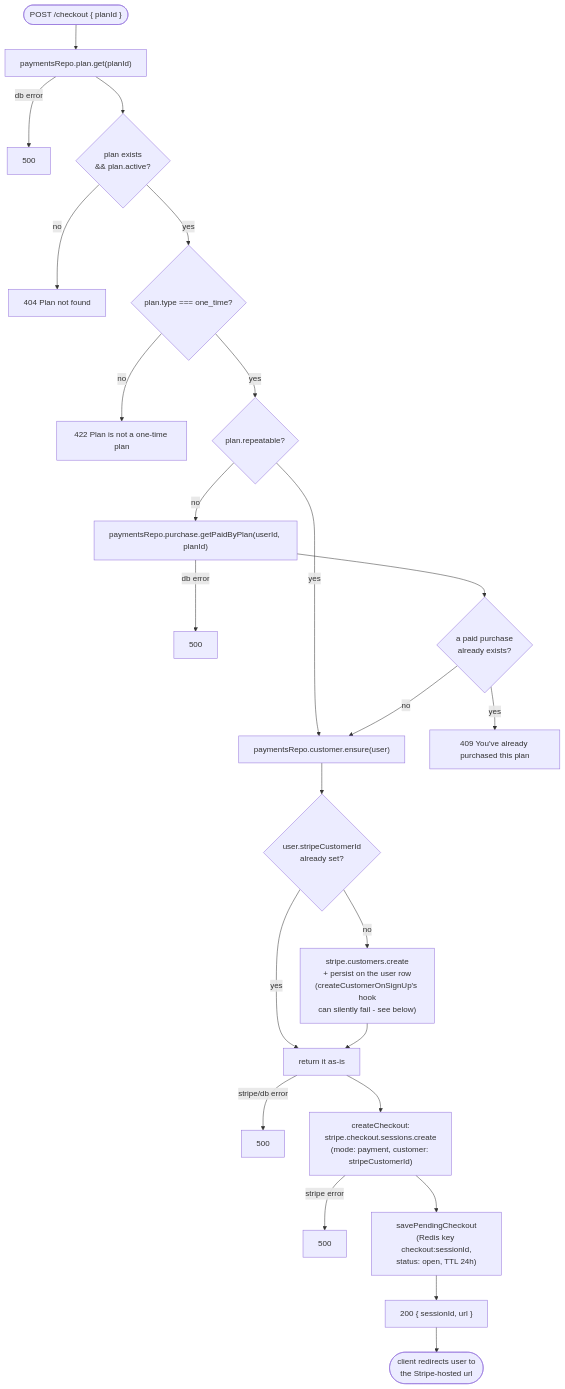
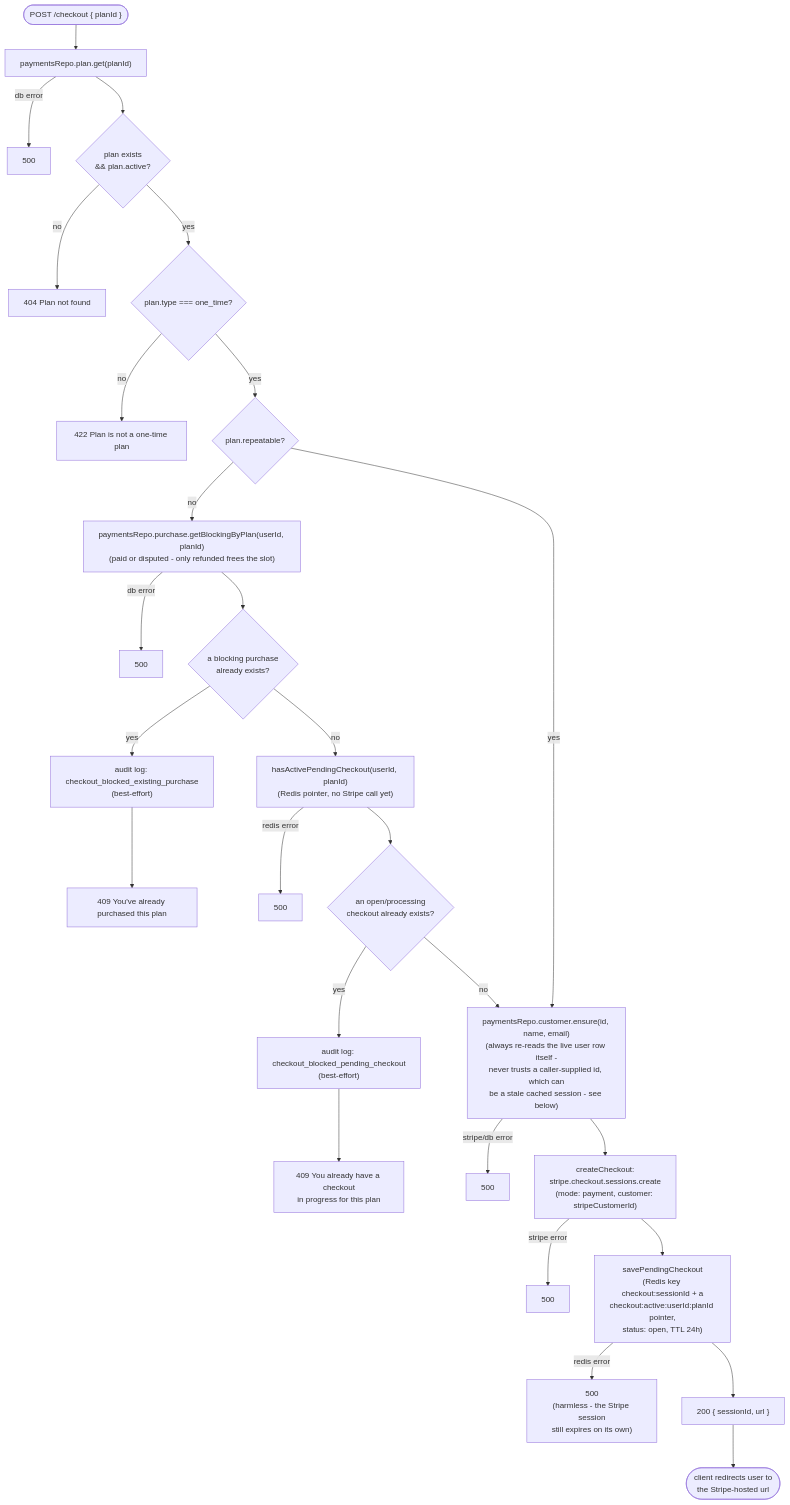
One commit to FranciscoAVD/backend changed the second of 7 diagrams in src/features/payments/CONTROL_FLOW.md. Above: the diagram before and after it, drawn with Mermaid. The commit also changed other lines of this file and 30 other files, not shown here.

````diff
--- a/src/features/payments/CONTROL_FLOW.md
+++ b/src/features/payments/CONTROL_FLOW.md
@@ -24,29 +28,32 @@
 ```mermaid
 flowchart TD
     Start(["POST /checkout { planId }"]) --> LookupPlan["paymentsRepo.plan.get(planId)"]
     LookupPlan -->|db error| Err500a["500"]
     LookupPlan --> PlanExists{"plan exists\n&& plan.active?"}
     PlanExists -- no --> NotFound["404 Plan not found"]
     PlanExists -- yes --> IsOneTime{"plan.type === one_time?"}
     IsOneTime -- no --> Unprocessable["422 Plan is not a one-time plan"]
     IsOneTime -- yes --> Repeatable{"plan.repeatable?"}
 
     Repeatable -- yes --> EnsureCustomer
-    Repeatable -- no --> CheckOwned["paymentsRepo.purchase.getPaidByPlan(userId, planId)"]
+    Repeatable -- no --> CheckOwned["paymentsRepo.purchase.getBlockingByPlan(userId, planId)\n(paid or disputed - only refunded frees the slot)"]
     CheckOwned -->|db error| Err500b["500"]
-    CheckOwned --> AlreadyOwns{"a paid purchase\nalready exists?"}
-    AlreadyOwns -- yes --> Conflict["409 You've already purchased this plan"]
-    AlreadyOwns -- no --> EnsureCustomer
+    CheckOwned --> AlreadyOwns{"a blocking purchase\nalready exists?"}
+    AlreadyOwns -- yes --> Audit1["audit log: checkout_blocked_existing_purchase\n(best-effort)"]
+    Audit1 --> Conflict["409 You've already purchased this plan"]
+    AlreadyOwns -- no --> CheckPending["hasActivePendingCheckout(userId, planId)\n(Redis pointer, no Stripe call yet)"]
+    CheckPending -->|redis error| Err500e["500"]
+    CheckPending --> HasPending{"an open/processing\ncheckout already exists?"}
+    HasPending -- yes --> Audit2["audit log: checkout_blocked_pending_checkout\n(best-effort)"]
+    Audit2 --> Conflict2["409 You already have a checkout\nin progress for this plan"]
+    HasPending -- no --> EnsureCustomer
 
-    EnsureCustomer["paymentsRepo.customer.ensure(user)"] --> HasCustomer{"user.stripeCustomerId\nalready set?"}
-    HasCustomer -- yes --> ReturnId["return it as-is"]
-    HasCustomer -- no --> CreateCustomer["stripe.customers.create\n+ persist on the user row\n(createCustomerOnSignUp's hook\ncan silently fail - see below)"]
-    CreateCustomer --> ReturnId
-    ReturnId -->|stripe/db error| Err500c["500"]
-    ReturnId --> CreateSession
+    EnsureCustomer["paymentsRepo.customer.ensure(id, name, email)\n(always re-reads the live user row itself -\nnever trusts a caller-supplied id, which can\nbe a stale cached session - see below)"] -->|stripe/db error| Err500c["500"]
+    EnsureCustomer --> CreateSession
 
     CreateSession["createCheckout:\nstripe.checkout.sessions.create\n(mode: payment, customer: stripeCustomerId)"] -->|stripe error| Err500d["500"]
-    CreateSession --> SavePending["savePendingCheckout\n(Redis key checkout:sessionId,\nstatus: open, TTL 24h)"]
+    CreateSession --> SavePending["savePendingCheckout\n(Redis key checkout:sessionId + a\ncheckout:active:userId:planId pointer,\nstatus: open, TTL 24h)"]
+    SavePending -->|redis error| Err500f["500\n(harmless - the Stripe session\nstill expires on its own)"]
     SavePending --> Return200["200 { sessionId, url }"]
     Return200 --> Redirect(["client redirects user to\nthe Stripe-hosted url"])
 ```
````
